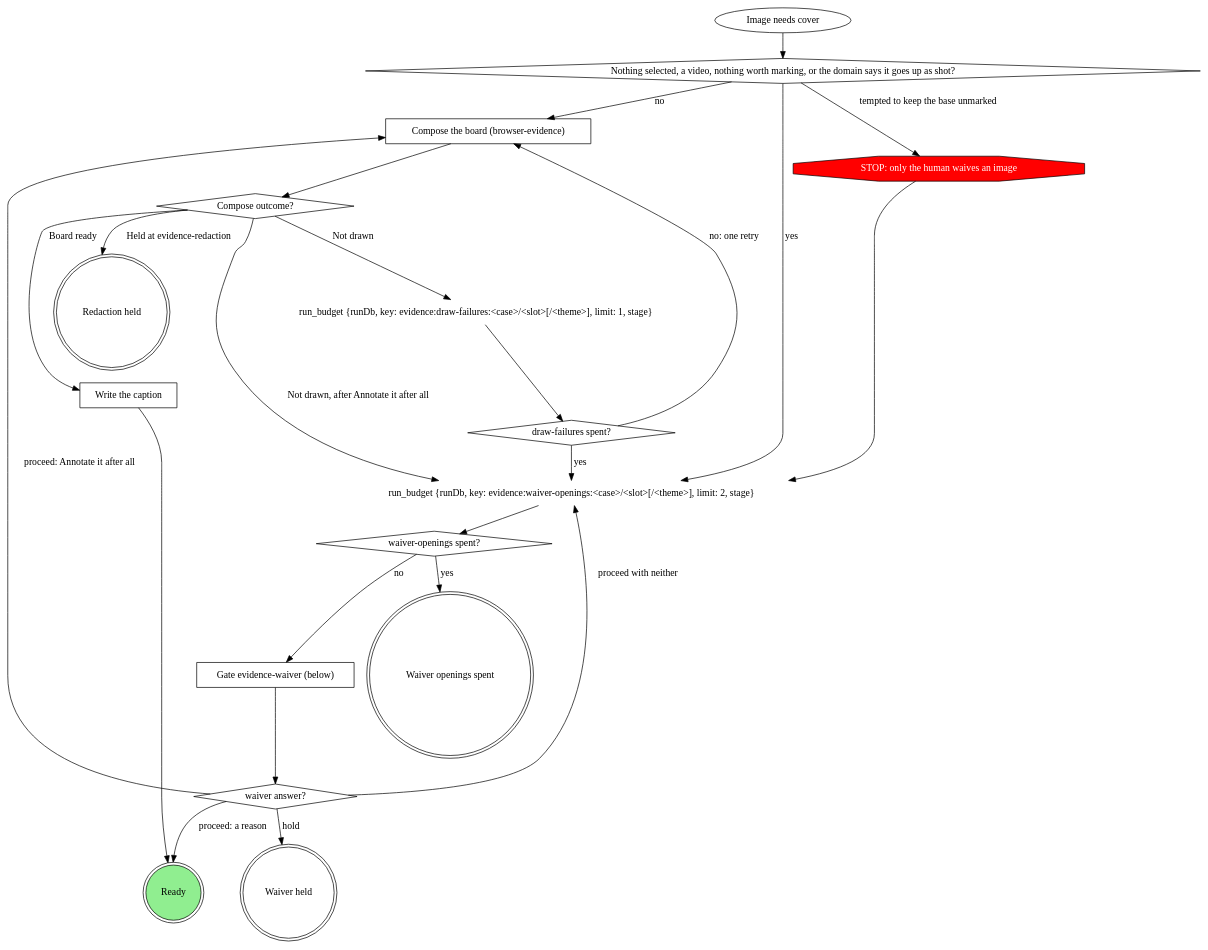
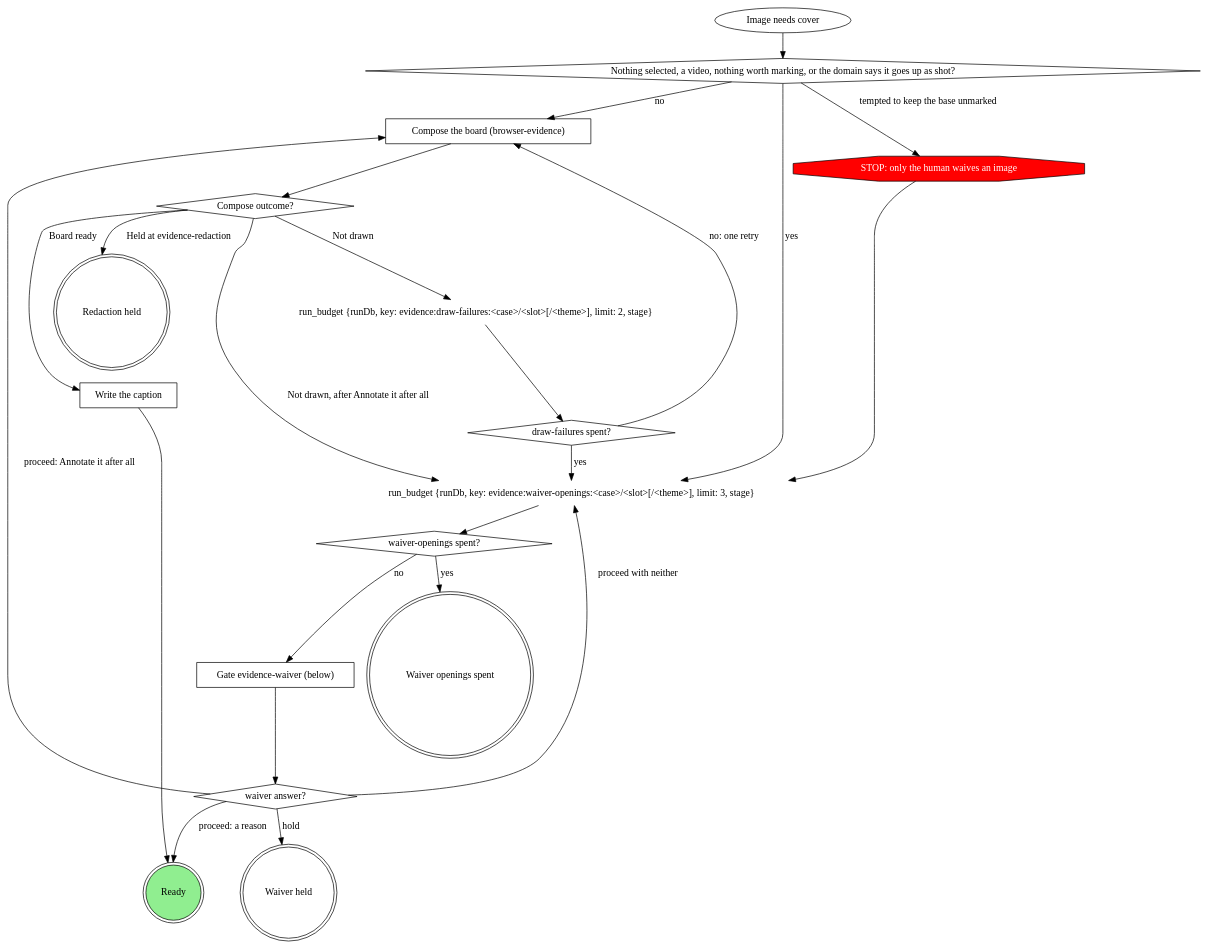
Before and after one commit to m4ttstack/mattstack: the second of 3 diagrams in plugins/mattstack/attachments/evidence-record/SKILL.md, drawn with Graphviz. The commit also changed other lines of this file and 6 other files, not shown here.

Commit message:
budgets: ship, watch-ci and evidence diamonds read run_budget's exhausted, each limit one higher so every loop keeps its round count

````diff
--- a/plugins/mattstack/attachments/evidence-record/SKILL.md
+++ b/plugins/mattstack/attachments/evidence-record/SKILL.md
@@ -94,42 +94,42 @@
 ```dot
 digraph annotate_or_waive {
     image_needs_cover [label="Image needs cover" shape=ellipse];
     nothing_to_mark [label="Nothing selected, a video, nothing worth marking, or the domain says it goes up as shot?" shape=diamond];
     compose_board [label="Compose the board (browser-evidence)" shape=box];
     drawn [label="Compose outcome?" shape=diamond];
     redaction_held [label="Redaction held" shape=doublecircle];
-    run_budget_draw [label="run_budget {runDb, key: evidence:draw-failures:<case>/<slot>[/<theme>], limit: 1, stage}" shape=plaintext];
+    run_budget_draw [label="run_budget {runDb, key: evidence:draw-failures:<case>/<slot>[/<theme>], limit: 2, stage}" shape=plaintext];
     draw_failures_spent [label="draw-failures spent?" shape=diamond];
     write_caption [label="Write the caption" shape=box];
-    run_budget_waiver [label="run_budget {runDb, key: evidence:waiver-openings:<case>/<slot>[/<theme>], limit: 2, stage}" shape=plaintext];
+    run_budget_waiver [label="run_budget {runDb, key: evidence:waiver-openings:<case>/<slot>[/<theme>], limit: 3, stage}" shape=plaintext];
     waiver_openings_spent [label="waiver-openings spent?" shape=diamond];
     gate_evidence_waiver [label="Gate evidence-waiver (below)" shape=box];
     waiver_answer [label="waiver answer?" shape=diamond];
     stop_self_waive [label="STOP: only the human waives an image" shape=octagon style=filled fillcolor=red fontcolor=white];
     waiver_held [label="Waiver held" shape=doublecircle];
     waiver_openings_exhausted [label="Waiver openings spent" shape=doublecircle];
     ready [label="Ready" shape=doublecircle style=filled fillcolor=lightgreen];
 
     image_needs_cover -> nothing_to_mark;
     nothing_to_mark -> compose_board [label="no"];
     nothing_to_mark -> stop_self_waive [label="tempted to keep the base unmarked"];
     stop_self_waive -> run_budget_waiver;
     compose_board -> drawn;
     drawn -> write_caption [label="Board ready"];
     drawn -> run_budget_draw [label="Not drawn"];
     drawn -> run_budget_waiver [label="Not drawn, after Annotate it after all"];
     drawn -> redaction_held [label="Held at evidence-redaction"];
     run_budget_draw -> draw_failures_spent;
     draw_failures_spent -> compose_board [label="no: one retry"];
     {nothing_to_mark draw_failures_spent} -> run_budget_waiver [label="yes"];
     write_caption -> ready;
     run_budget_waiver -> waiver_openings_spent;
     waiver_openings_spent -> gate_evidence_waiver [label="no"];
     waiver_openings_spent -> waiver_openings_exhausted [label="yes"];
     gate_evidence_waiver -> waiver_answer;
     waiver_answer -> ready [label="proceed: a reason"];
     waiver_answer -> compose_board [label="proceed: Annotate it after all"];
     waiver_answer -> run_budget_waiver [label="proceed with neither"];
     waiver_answer -> waiver_held [label="hold"];
 }
 ```
````
